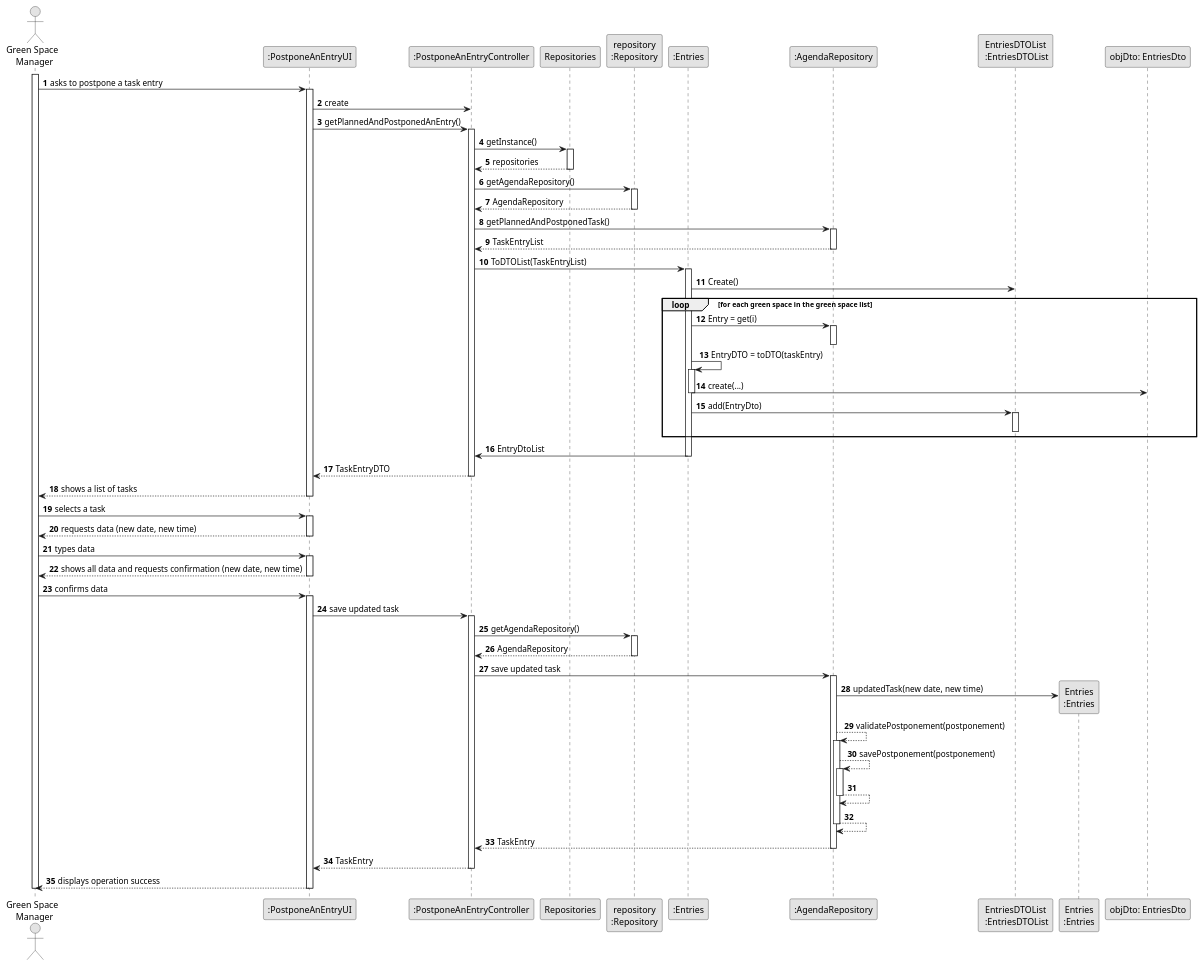
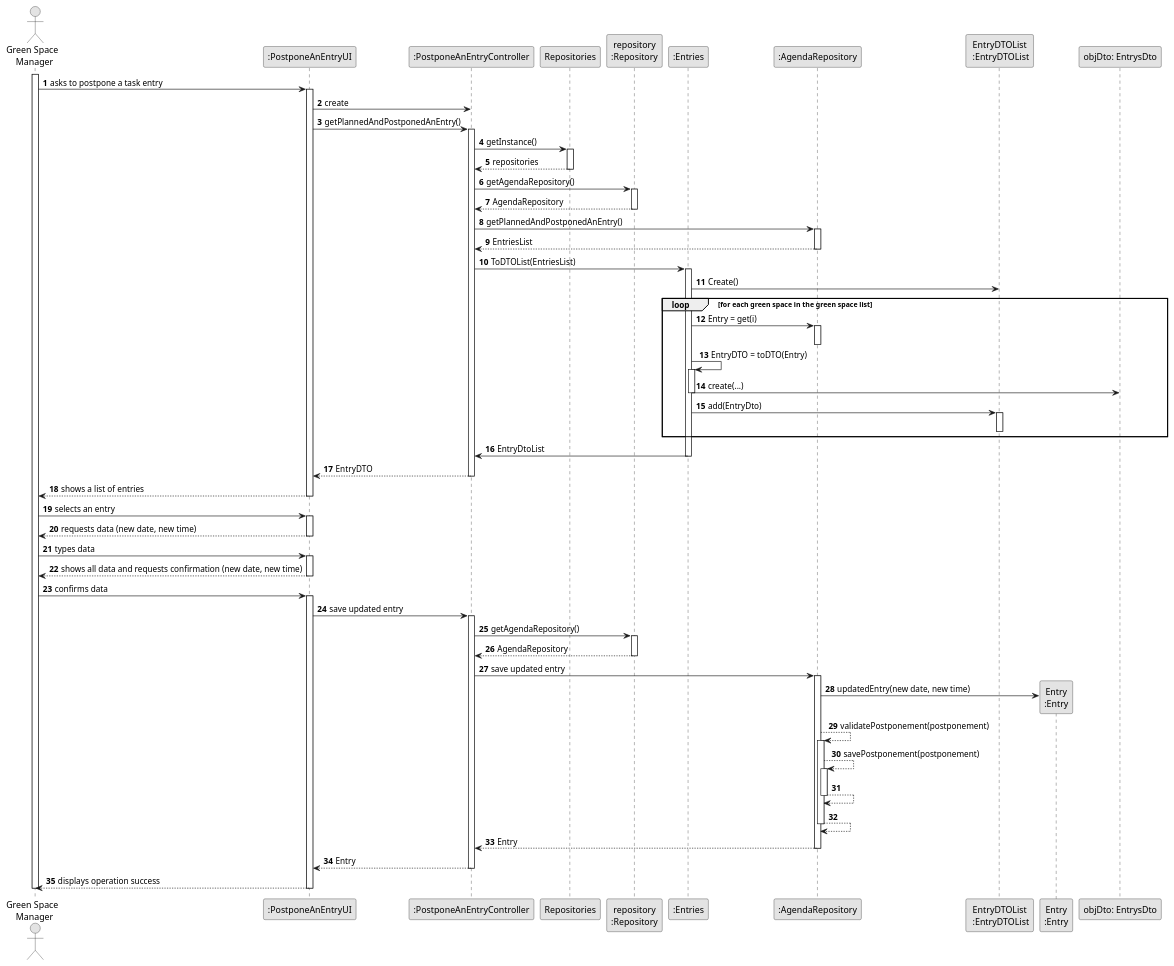
One commit to rpedros02/lei-24-s2-1DL-g08 changed the diagram in docs/sprintC/us024/03.design/puml/us024-sequence-diagram-full.puml. Above: the diagram before and after it, drawn with PlantUML. The commit also changed 7 other files, not shown here.

```diff
--- a/docs/sprintC/us024/03.design/puml/us024-sequence-diagram-full.puml
+++ b/docs/sprintC/us024/03.design/puml/us024-sequence-diagram-full.puml
@@ -1,117 +1,117 @@
 @startuml
 skinparam monochrome true
 skinparam packageStyle rectangle
 skinparam shadowing false
 
 autonumber
 
 'hide footbox
 actor "Green Space \n Manager" as ADM
 participant ":PostponeAnEntryUI" as UI
 participant ":PostponeAnEntryController" as CTRL
 participant "Repositories" as RepositorySingleton
 participant "repository\n:Repository" as PLAT
 participant ":Entries" as MAP
 participant ":AgendaRepository" as URG
-participant "EntriesDTOList\n :EntriesDTOList" as DTO
+participant "EntryDTOList\n :EntryDTOList" as DTO
 
-participant "Entries\n:Entries" as TASK
-participant "objDto: EntriesDto" as GDTO
+participant "Entry\n:Entry" as TASK
+participant "objDto: EntrysDto" as GDTO
 
 
 activate ADM
 
     ADM -> UI : asks to postpone a task entry
     activate UI
         UI -> CTRL : create
         UI -> CTRL : getPlannedAndPostponedAnEntry()
         activate CTRL
 
             CTRL -> RepositorySingleton : getInstance()
             activate RepositorySingleton
 
                 RepositorySingleton --> CTRL : repositories
             deactivate RepositorySingleton
 
             CTRL -> PLAT : getAgendaRepository()
             activate PLAT
 
                 PLAT --> CTRL : AgendaRepository
             deactivate PLAT
 
-            CTRL -> URG : getPlannedAndPostponedTask()
+            CTRL -> URG : getPlannedAndPostponedAnEntry()
             activate URG
 
-                URG --> CTRL : TaskEntryList
+                URG --> CTRL : EntriesList
             deactivate URG
 
-            CTRL -> MAP : ToDTOList(TaskEntryList)
+            CTRL -> MAP : ToDTOList(EntriesList)
             activate MAP
                 MAP -> DTO: Create()
                 loop for each green space in the green space list
                 MAP -> URG: Entry = get(i)
                 activate URG
                 deactivate URG
-                MAP -> MAP: EntryDTO = toDTO(taskEntry)
+                MAP -> MAP: EntryDTO = toDTO(Entry)
                 activate MAP
                 MAP -> GDTO: create(...)
                 deactivate MAP
                 MAP -> DTO: add(EntryDto)
 
                 activate DTO
                 deactivate DTO
                 end
                 MAP -> CTRL: EntryDtoList
             deactivate MAP
 
-            CTRL --> UI : TaskEntryDTO
+            CTRL --> UI : EntryDTO
         deactivate CTRL
 
-        UI --> ADM : shows a list of tasks
+        UI --> ADM : shows a list of entries
     deactivate UI
-ADM -> UI : selects a task
+ADM -> UI : selects an entry
     activate UI
 
         UI --> ADM : requests data (new date, new time)
     deactivate UI
 
     ADM -> UI : types data
     activate UI
 
         UI --> ADM : shows all data and requests confirmation (new date, new time)
     deactivate UI
 
     ADM -> UI : confirms data
     activate UI
-     UI -> CTRL : save updated task
+     UI -> CTRL : save updated entry
             activate CTRL
 
                 CTRL -> PLAT : getAgendaRepository()
                 activate PLAT
 
                     PLAT --> CTRL : AgendaRepository
                 deactivate PLAT
 
-                CTRL -> URG : save updated task
+                CTRL -> URG : save updated entry
 
                 activate URG
 
-                           URG -> TASK** : updatedTask(new date, new time)
+                           URG -> TASK** : updatedEntry(new date, new time)
                            URG --> URG : validatePostponement(postponement)
                            activate URG
                            URG --> URG : savePostponement(postponement)
                            activate URG
                            URG --> URG
                            deactivate URG
                            URG --> URG
                            deactivate URG
-                           URG --> CTRL : TaskEntry
+                           URG --> CTRL : Entry
                            deactivate URG
-        CTRL --> UI : TaskEntry
+        CTRL --> UI : Entry
             deactivate CTRL
 
                 UI --> ADM : displays operation success
             deactivate UI
         deactivate ADM
 
 @enduml
```
